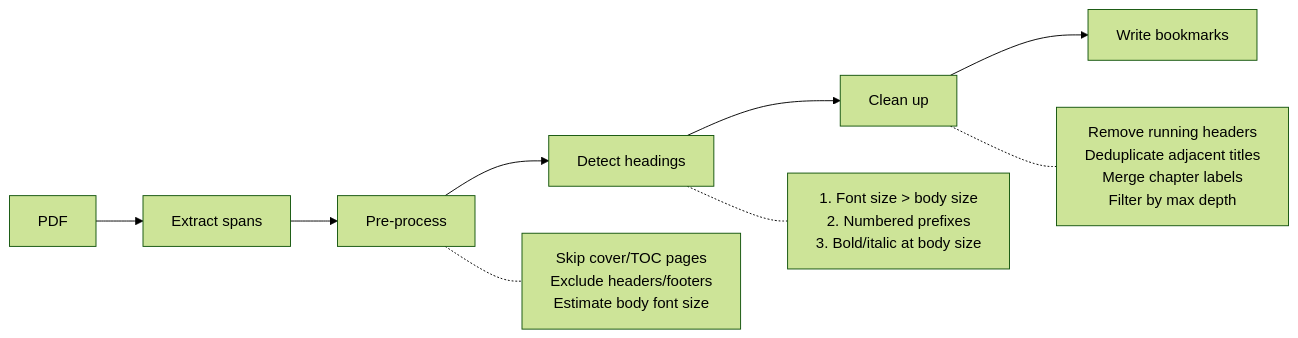
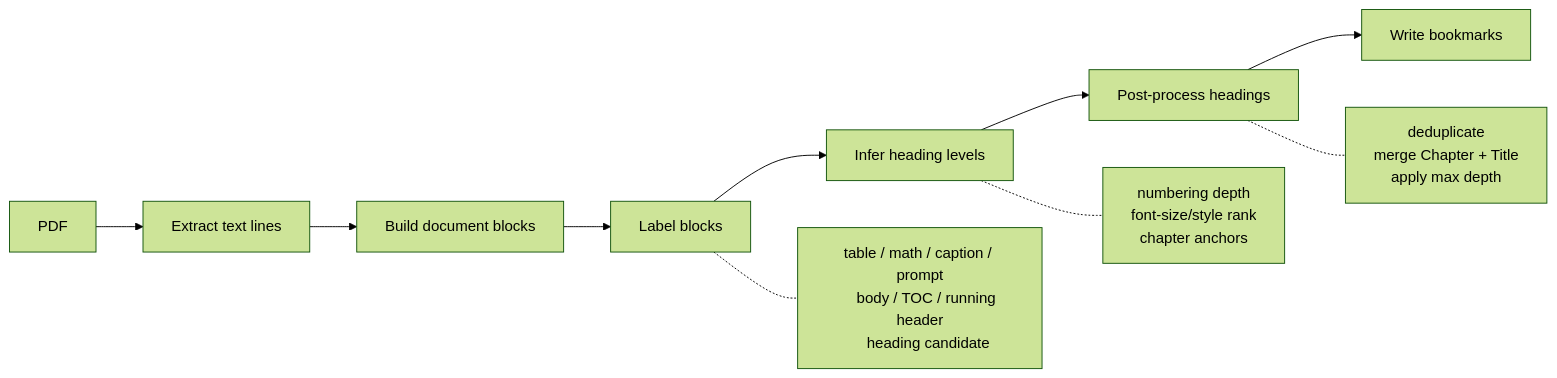
Before and after one commit to AnvarAtayev/bmrk: the diagram in README.md, drawn with Mermaid (forest theme). The commit also changed other lines of this file and 8 other files, not shown here.

````diff
--- a/README.md
+++ b/README.md
@@ -234,19 +298,19 @@
 ```mermaid
 flowchart LR
-    A[PDF] --> B[Extract spans]
-    B --> C[Pre-process]
-    C --> D[Detect headings]
-    D --> E[Clean up]
-    E --> F[Write bookmarks]
+    A[PDF] --> C[Extract text lines]
+    C --> D[Build document blocks]
+    D --> E[Label blocks]
+    E --> F[Infer heading levels]
+    F --> G[Post-process headings]
+    G --> H[Write bookmarks]
 
-    C -.- C1["Skip cover/TOC pages
-    Exclude headers/footers
-    Estimate body font size"]
-    D -.- D1["1. Font size > body size
-    2. Numbered prefixes
-    3. Bold/italic at body size"]
-    E -.- E1["Remove running headers
-    Deduplicate adjacent titles
-    Merge chapter labels
-    Filter by max depth"]
+    E -.- E1["table / math / caption / prompt
+    body / TOC / running header
+    heading candidate"]
+    F -.- F1["numbering depth
+    font-size/style rank
+    chapter anchors"]
+    G -.- G1["deduplicate
+    merge Chapter + Title
+    apply max depth"]
 ```
````
